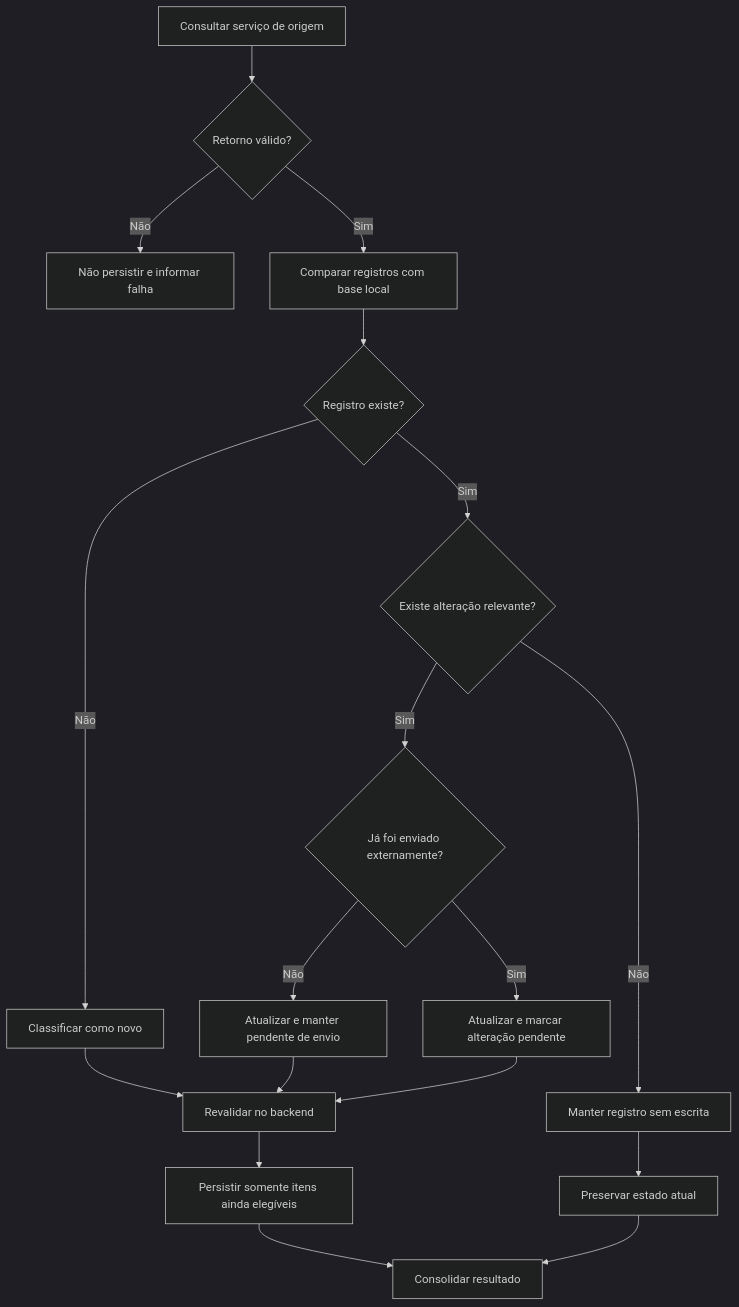
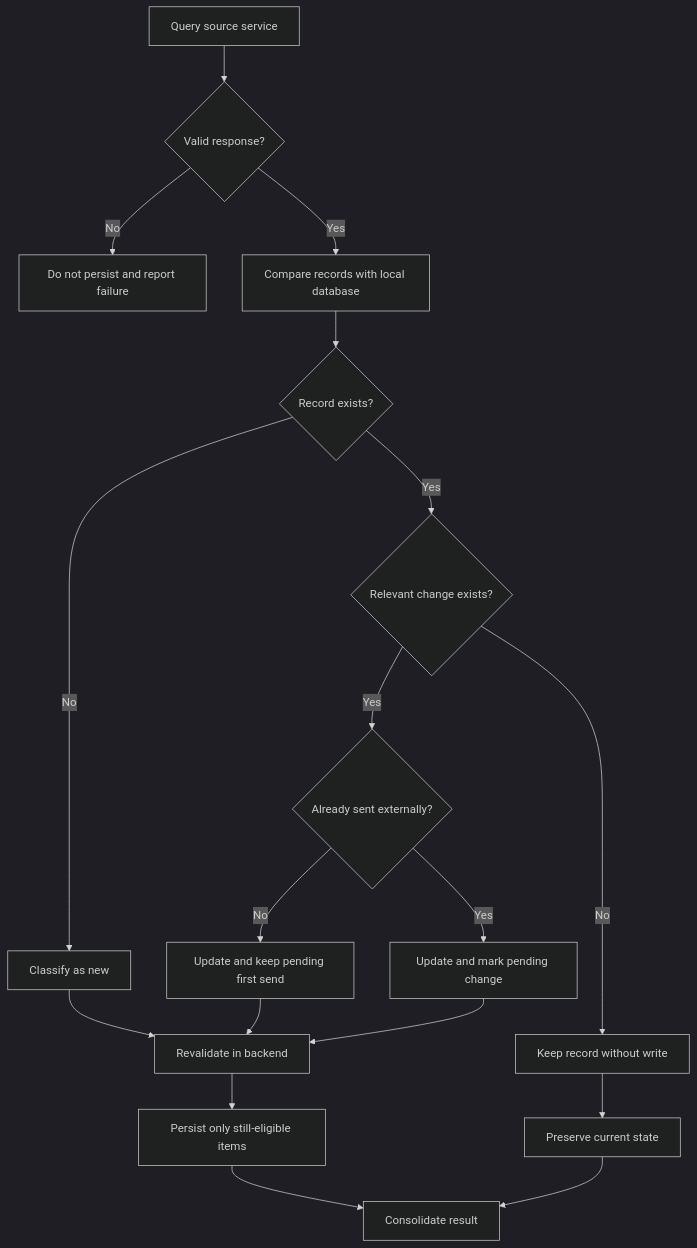
One commit to thassioiaccino/professional-case-studies changed the diagram in Professional-Case-Studies/Requirements-Engineering/data-synchronization-rules/README.md. Above: the diagram before and after it, drawn with Mermaid (dark theme). The commit also changed other lines of this file, not shown here.

````diff
--- a/Professional-Case-Studies/Requirements-Engineering/data-synchronization-rules/README.md
+++ b/Professional-Case-Studies/Requirements-Engineering/data-synchronization-rules/README.md
@@ -54,20 +54,20 @@
 ```mermaid
 flowchart TD
-    A[Consultar serviço de origem] --> B{Retorno válido?}
-    B -- Não --> C[Não persistir e informar falha]
-    B -- Sim --> D[Comparar registros com base local]
-    D --> E{Registro existe?}
-    E -- Não --> F[Classificar como novo]
-    E -- Sim --> G{Existe alteração relevante?}
-    G -- Não --> H[Manter registro sem escrita]
-    G -- Sim --> I{Já foi enviado externamente?}
-    I -- Não --> J[Atualizar e manter pendente de envio]
-    I -- Sim --> K[Atualizar e marcar alteração pendente]
-    F --> L[Revalidar no backend]
+    A[Query source service] --> B{Valid response?}
+    B -- No --> C[Do not persist and report failure]
+    B -- Yes --> D[Compare records with local database]
+    D --> E{Record exists?}
+    E -- No --> F[Classify as new]
+    E -- Yes --> G{Relevant change exists?}
+    G -- No --> H[Keep record without write]
+    G -- Yes --> I{Already sent externally?}
+    I -- No --> J[Update and keep pending first send]
+    I -- Yes --> K[Update and mark pending change]
+    F --> L[Revalidate in backend]
     J --> L
     K --> L
-    L --> M[Persistir somente itens ainda elegíveis]
-    H --> N[Preservar estado atual]
-    M --> O[Consolidar resultado]
+    L --> M[Persist only still-eligible items]
+    H --> N[Preserve current state]
+    M --> O[Consolidate result]
     N --> O
 ```
````
